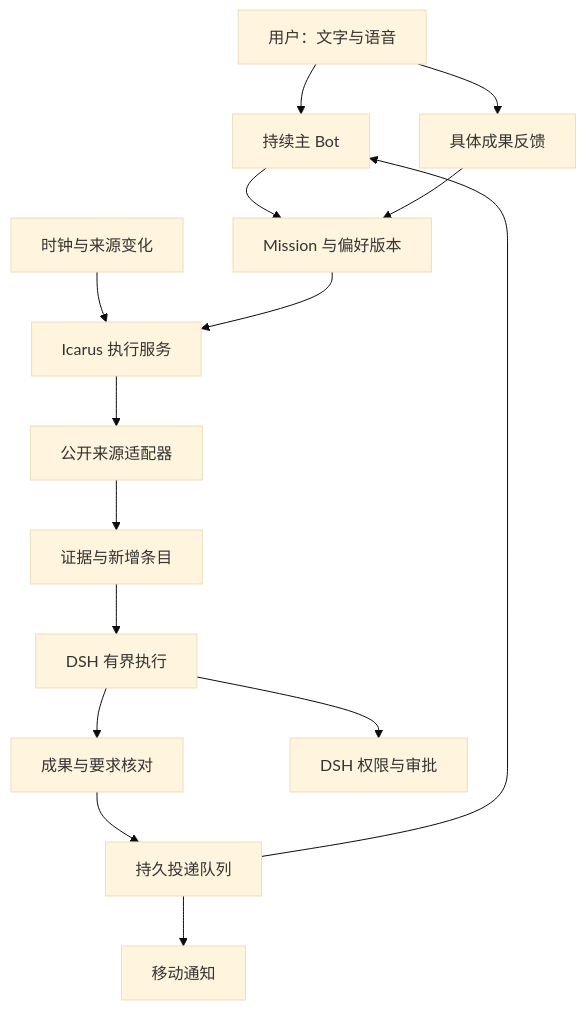
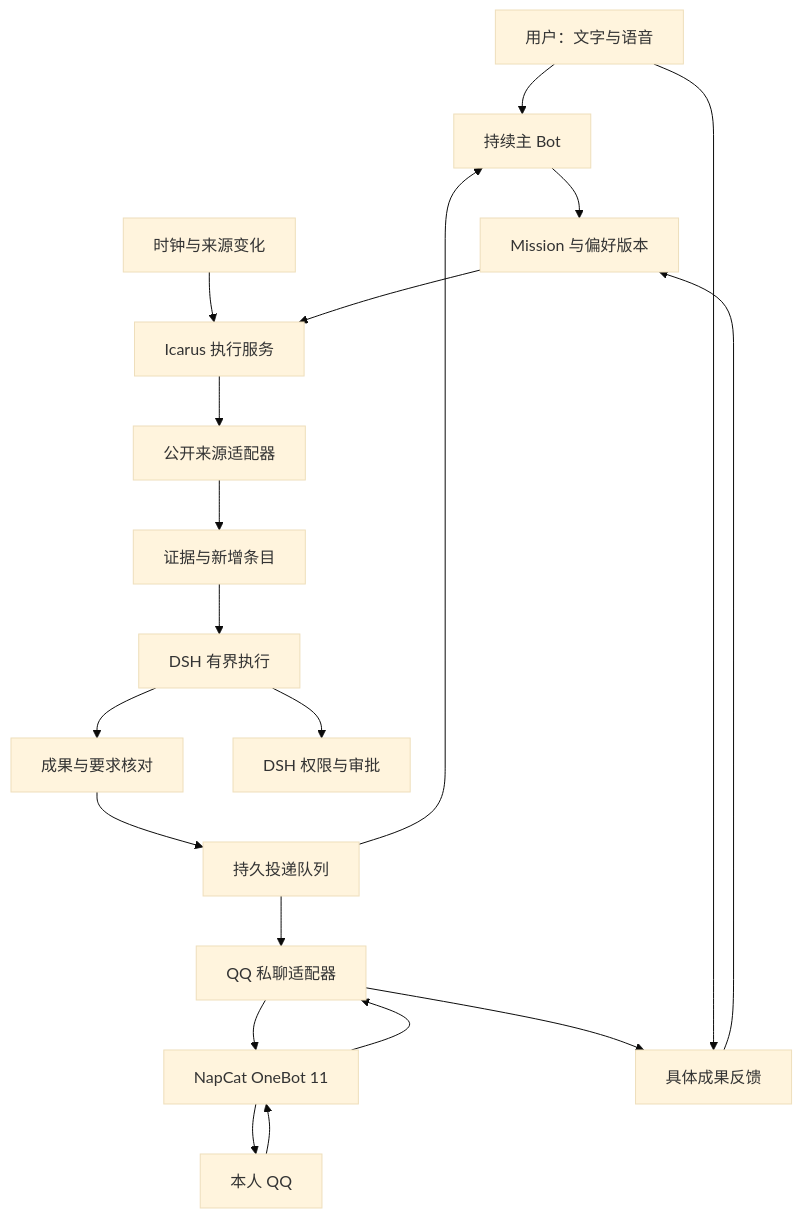
Before and after one commit to Jonah-Wu23/dsh-icarus: the diagram in docs/PRD.md, drawn with Mermaid (base theme). The commit also changed other lines of this file and 32 other files, not shown here.

````diff
--- a/docs/PRD.md
+++ b/docs/PRD.md
@@ -141,17 +144,22 @@
 ```mermaid
 flowchart TD
     U[用户：文字与语音] --> B[持续主 Bot]
     B --> M[Mission 与偏好版本]
     T[时钟与来源变化] --> R[Icarus 执行服务]
     M --> R
     R --> S[公开来源适配器]
     S --> E[证据与新增条目]
     E --> A[DSH 有界执行]
     A --> C[成果与要求核对]
     C --> O[持久投递队列]
     O --> B
-    O --> P[移动通知]
+    O --> P[QQ 私聊适配器]
+    P --> N[NapCat OneBot 11]
+    N --> Q[本人 QQ]
+    Q --> N
+    N --> P
+    P --> F
     U --> F[具体成果反馈]
     F --> M
     A --> G[DSH 权限与审批]
 ```
````
